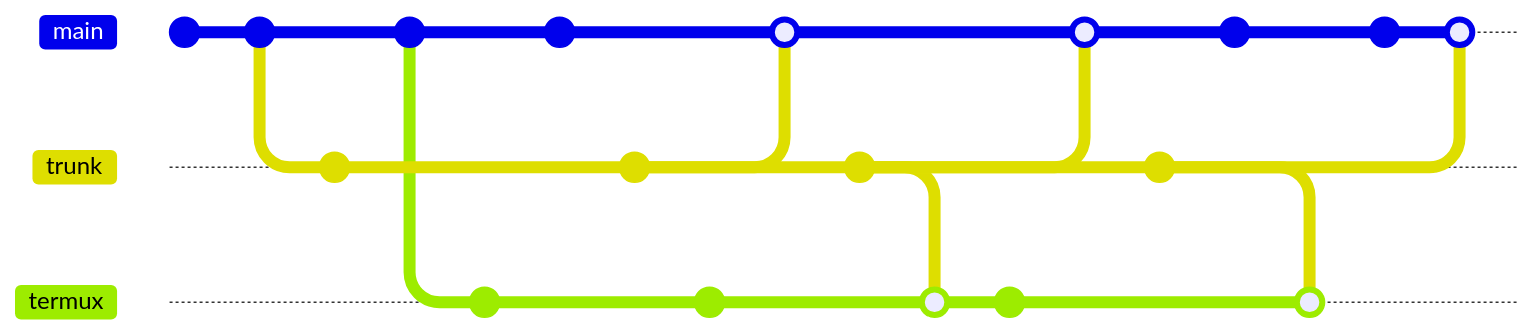
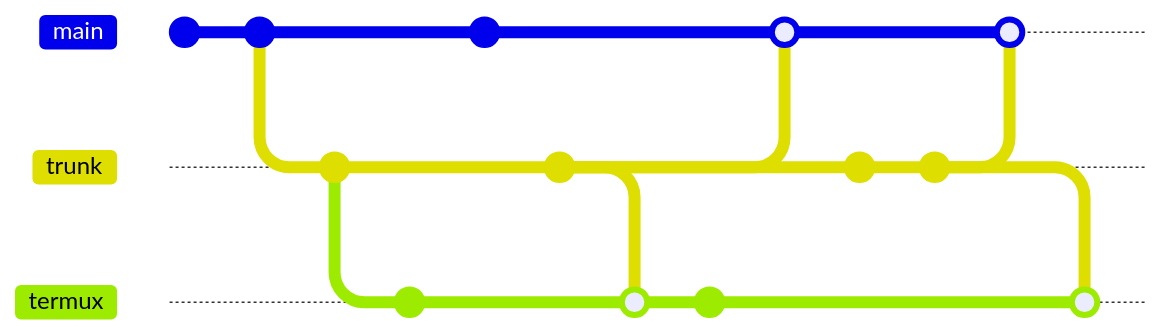
Before and after one commit to liehendr/xadf: the fourth of 4 diagrams in README.md, drawn with Mermaid. The commit also changed other lines of this file, not shown here. Commit ids are hidden.

Commit message:
updates readme graph

````diff
--- a/README.md
+++ b/README.md
@@ -94,37 +121,25 @@
 ```mermaid
 gitGraph
     commit
     commit
     branch trunk
-    checkout trunk
+    commit
+    branch termux
     commit
     checkout main
     commit
-    branch termux
-    checkout termux
-    commit
-    checkout main
-    commit
-    checkout trunk
-    commit
-    checkout termux
-    commit
-    checkout main
-    merge trunk
     checkout trunk
     commit
     checkout termux
     merge trunk
     commit
     checkout main
     merge trunk
     checkout trunk
     commit
+    commit
     checkout main
-    commit
+    merge trunk
     checkout termux
     merge trunk
-    checkout main
-    commit
-    merge trunk
 ```
````
